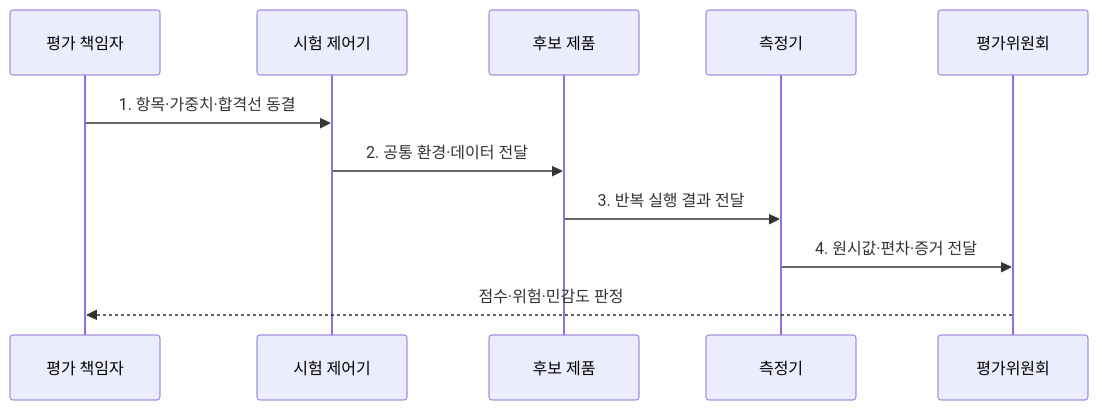
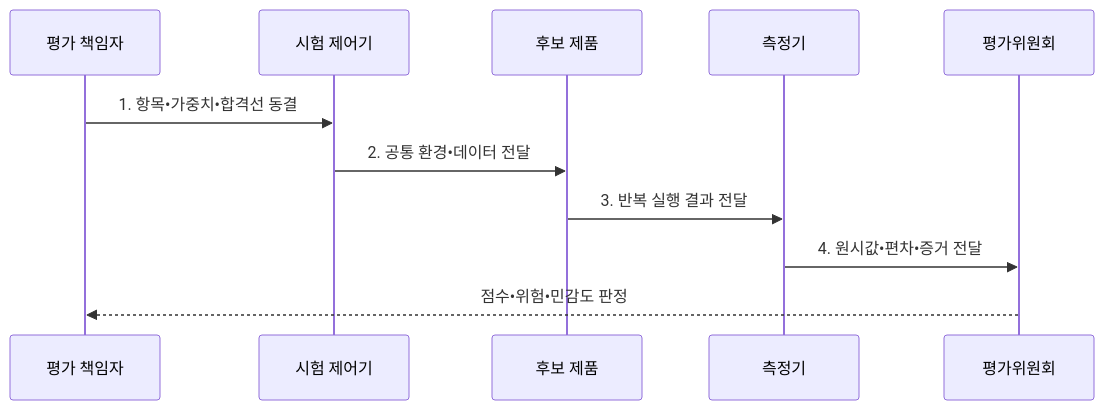
The second of 2 diagrams in src/content/docs/notes/06-evaluation/010_bmt_methodology.md (agnusdei1207/knowledge-base), drawn with Mermaid before and after one commit. The commit also changed other lines of this file and 953 other files, not shown here.

````diff
--- a/src/content/docs/notes/06-evaluation/010_bmt_methodology.md
+++ b/src/content/docs/notes/06-evaluation/010_bmt_methodology.md
@@ -100,13 +100,13 @@
 ```mermaid
 sequenceDiagram
   participant O as 평가 책임자
   participant C as 시험 제어기
   participant P as 후보 제품
   participant M as 측정기
   participant A as 평가위원회
-  O->>C: 1. 항목·가중치·합격선 동결
-  C->>P: 2. 공통 환경·데이터 전달
+  O->>C: 1. 항목•가중치•합격선 동결
+  C->>P: 2. 공통 환경•데이터 전달
   P->>M: 3. 반복 실행 결과 전달
-  M->>A: 4. 원시값·편차·증거 전달
-  A-->>O: 점수·위험·민감도 판정
+  M->>A: 4. 원시값•편차•증거 전달
+  A-->>O: 점수•위험•민감도 판정
 ```
````
